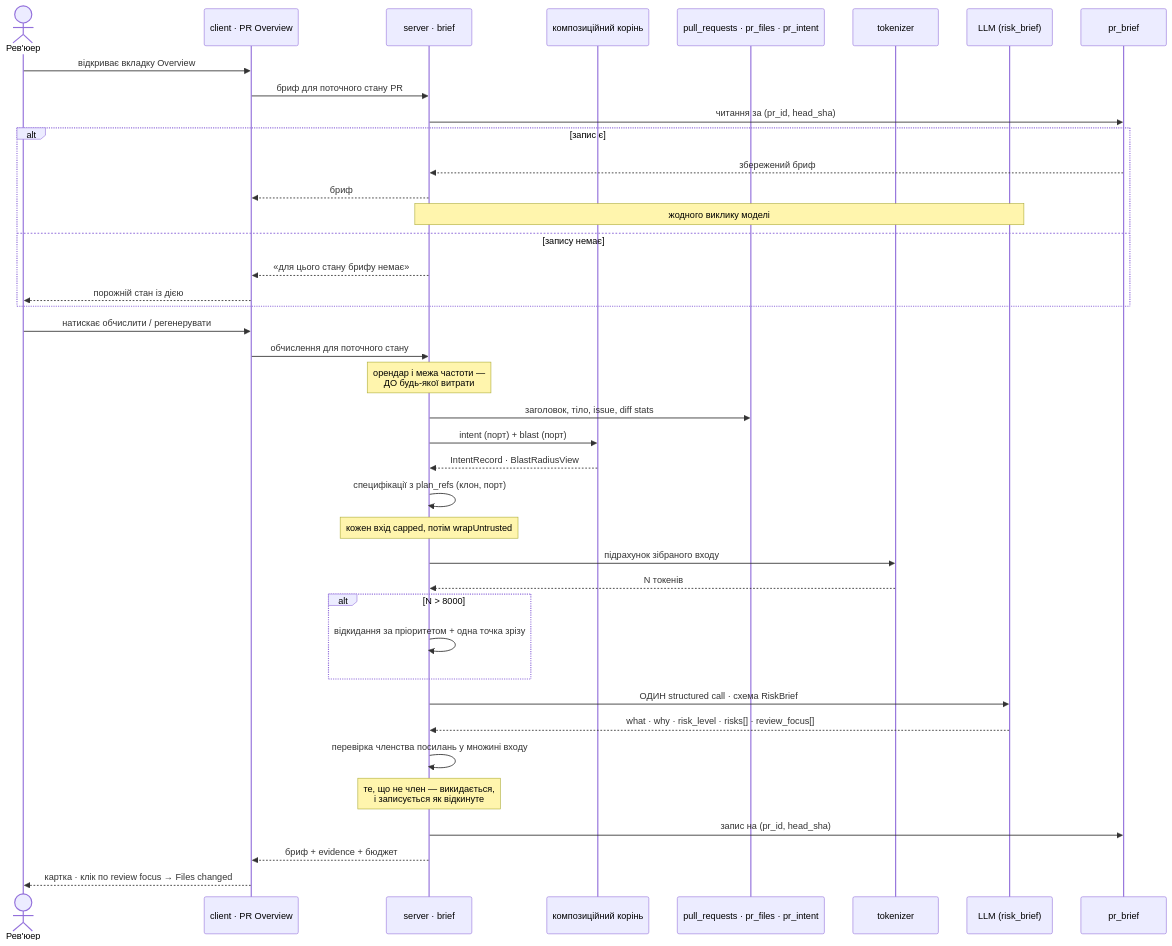
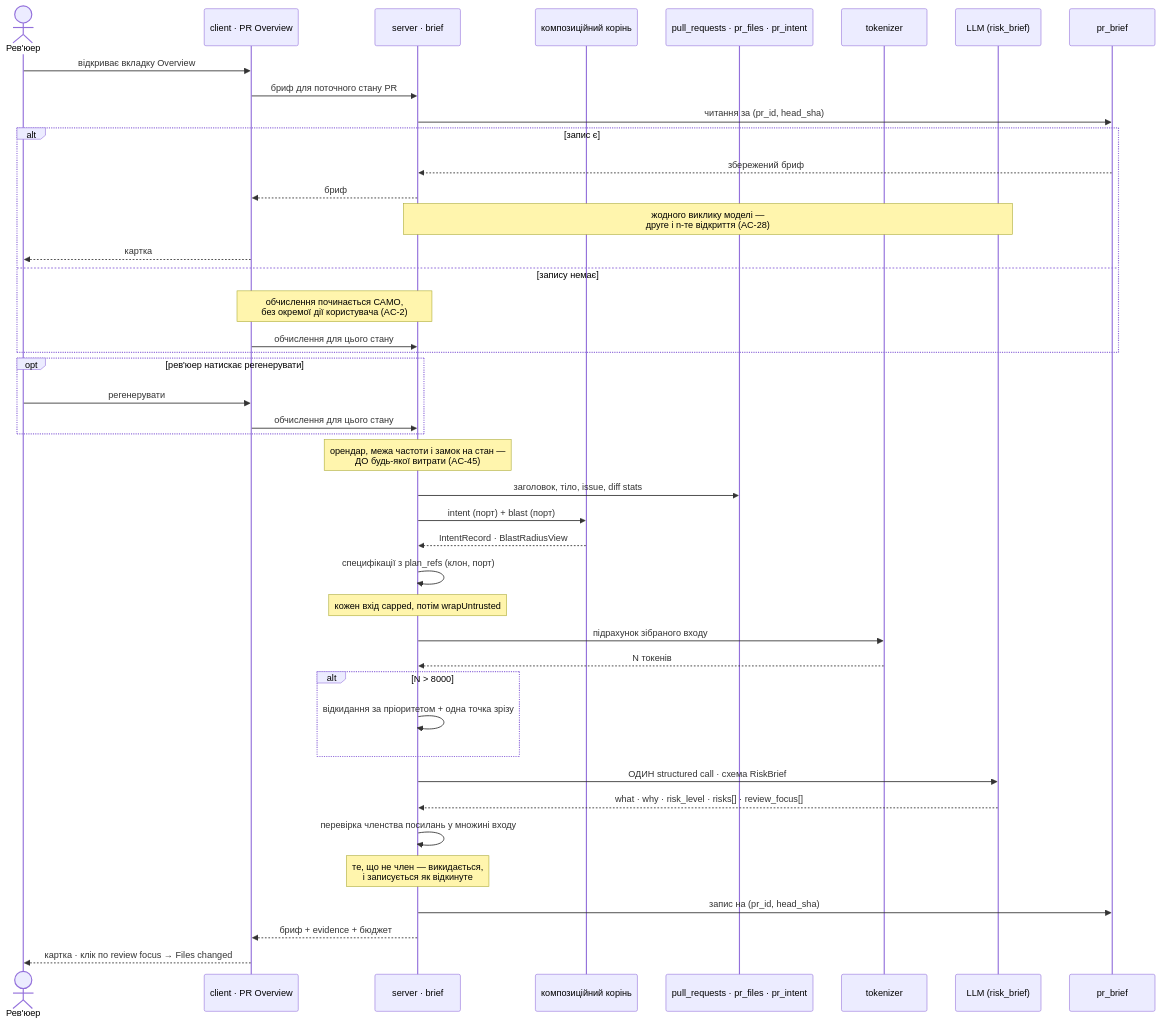
Before and after one commit to Holubinka/dev-digest: the diagram in specs/SPEC-02-pr-why-risk-brief.md, drawn with Mermaid. The commit also changed other lines of this file and 1 other file, not shown here.

Commit message:
docs(specs): approve SPEC-02, and redraw the flow Q-3 replaced
The sequence diagram still showed the flow the human's answer to Q-3 had
already overturned: an uncached state answering "no brief for this state" and
waiting for a click. Every criterion around it had moved — AC-2 computes on
open, AC-28 counts the second open, AC-45 locks the state so two tabs cannot
pay twice — while the one picture a reader looks at first still described the
version nobody chose.

Found by implementation-planner, which reported R2 as the single `conflicting`
row in a table of 45 and declined to edit a spec, which is correct: the diagram
is a claim about requirements, not about steps.

Claude-Session: https://claude.ai/code/session_015MsSKxvV32R3NFyp3Kz42f

````diff
--- a/specs/SPEC-02-pr-why-risk-brief.md
+++ b/specs/SPEC-02-pr-why-risk-brief.md
@@ -605,44 +605,48 @@
 ```mermaid
 sequenceDiagram
     actor U as Рев'юер
     participant W as client · PR Overview
     participant API as server · brief
     participant CR as композиційний корінь
     participant DB as pull_requests · pr_files · pr_intent
     participant T as tokenizer
     participant M as LLM (risk_brief)
     participant S as pr_brief
 
     U->>W: відкриває вкладку Overview
     W->>API: бриф для поточного стану PR
     API->>S: читання за (pr_id, head_sha)
     alt запис є
         S-->>API: збережений бриф
         API-->>W: бриф
-        Note over API,M: жодного виклику моделі
+        Note over API,M: жодного виклику моделі —<br/>друге і n-те відкриття (AC-28)
+        W-->>U: картка
     else запису немає
-        API-->>W: «для цього стану брифу немає»
-        W-->>U: порожній стан із дією
+        Note over W,API: обчислення починається САМО,<br/>без окремої дії користувача (AC-2)
+        W->>API: обчислення для цього стану
     end
 
-    U->>W: натискає обчислити / регенерувати
-    W->>API: обчислення для поточного стану
-    Note over API: орендар і межа частоти —<br/>ДО будь-якої витрати
+    opt рев'юер натискає регенерувати
+        U->>W: регенерувати
+        W->>API: обчислення для цього стану
+    end
+
+    Note over API: орендар, межа частоти і замок на стан —<br/>ДО будь-якої витрати (AC-45)
     API->>DB: заголовок, тіло, issue, diff stats
     API->>CR: intent (порт) + blast (порт)
     CR-->>API: IntentRecord · BlastRadiusView
     API->>API: специфікації з plan_refs (клон, порт)
     Note over API: кожен вхід capped, потім wrapUntrusted
     API->>T: підрахунок зібраного входу
     T-->>API: N токенів
     alt N > 8000
         API->>API: відкидання за пріоритетом + одна точка зрізу
     end
     API->>M: ОДИН structured call · схема RiskBrief
     M-->>API: what · why · risk_level · risks[] · review_focus[]
     API->>API: перевірка членства посилань у множині входу
     Note over API: те, що не член — викидається,<br/>і записується як відкинуте
     API->>S: запис на (pr_id, head_sha)
     API-->>W: бриф + evidence + бюджет
     W-->>U: картка · клік по review focus → Files changed
 ```
````
